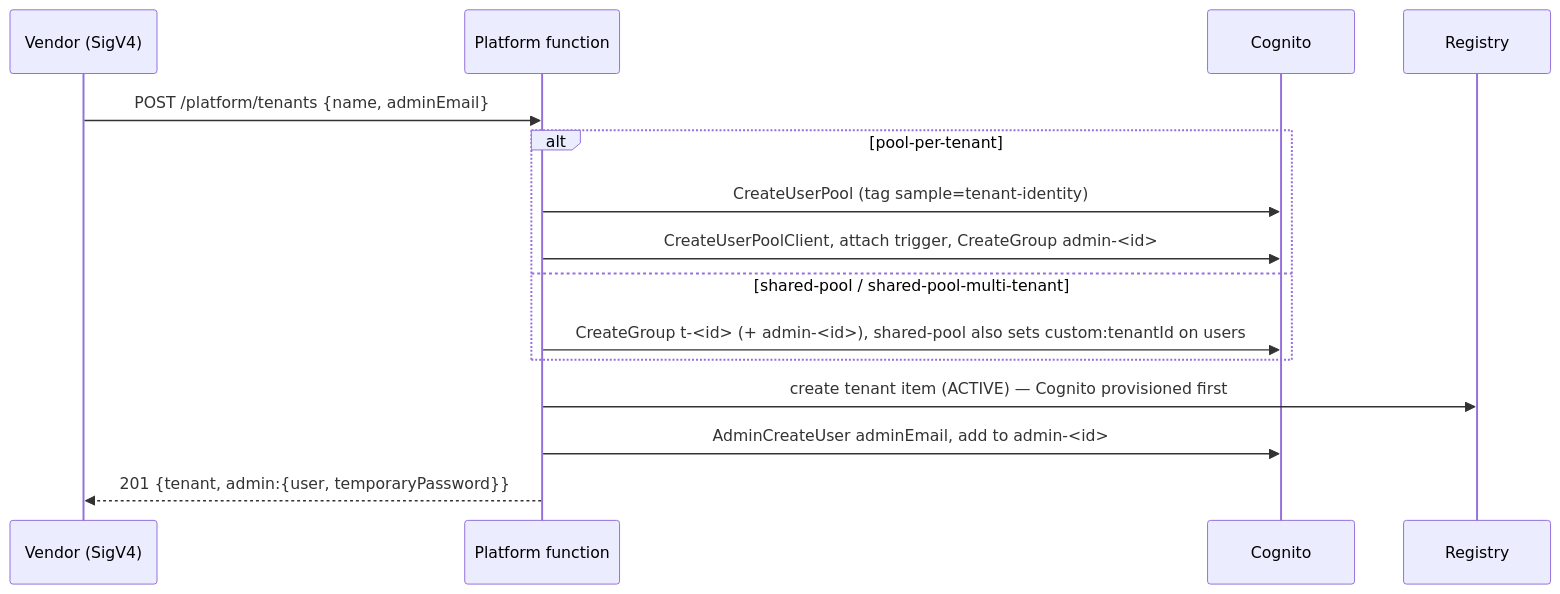
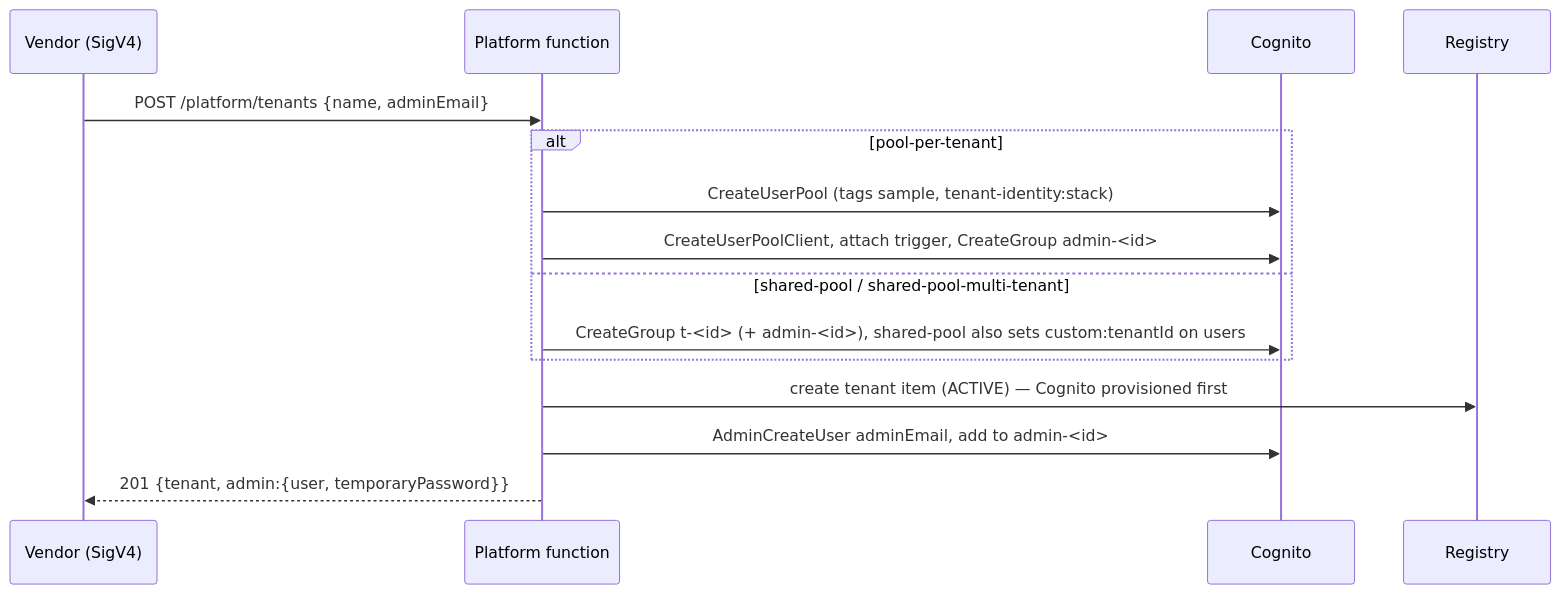
The first of 4 diagrams in samples/tenant-identity/architecture.md (aws-samples/sample-agentic-ai-acceleration-patterns), drawn with Mermaid before and after one commit. The commit also changed other lines of this file and 26 other files, not shown here.

First line of the commit message:
tenant-identity: review fixes round 2 (groups claim, stack tag, teardown)

````diff
--- a/samples/tenant-identity/architecture.md
+++ b/samples/tenant-identity/architecture.md
@@ -188,17 +189,17 @@
 ```mermaid
 sequenceDiagram
     participant V as Vendor (SigV4)
     participant P as Platform function
     participant C as Cognito
     participant R as Registry
     V->>P: POST /platform/tenants {name, adminEmail}
     alt pool-per-tenant
-        P->>C: CreateUserPool (tag sample=tenant-identity)
+        P->>C: CreateUserPool (tags sample, tenant-identity:stack)
         P->>C: CreateUserPoolClient, attach trigger, CreateGroup admin-<id>
     else shared-pool / shared-pool-multi-tenant
         P->>C: CreateGroup t-<id> (+ admin-<id>), shared-pool also sets custom:tenantId on users
     end
     P->>R: create tenant item (ACTIVE) — Cognito provisioned first
     P->>C: AdminCreateUser adminEmail, add to admin-<id>
     P-->>V: 201 {tenant, admin:{user, temporaryPassword}}
 ```
````
